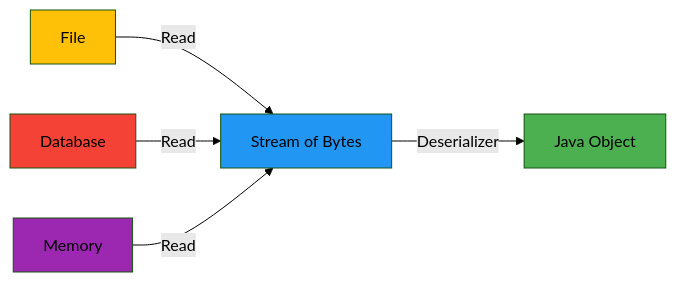
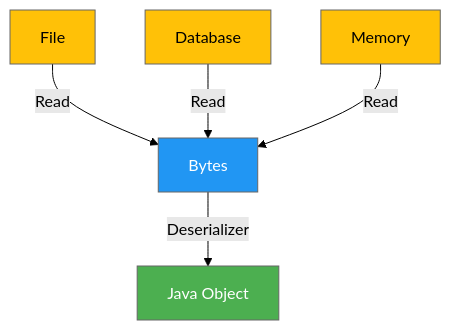
Before and after one commit to danielcregg/java-lectures: the second of 2 diagrams in lectures/serialization.md, drawn with Mermaid (forest theme). The commit also changed other lines of this file and 2 other files, not shown here.

Commit message:
feat: integrate Mermaid for enhanced diagram support and improve serialization lecture content

```diff
--- a/lectures/serialization.md
+++ b/lectures/serialization.md
@@ -65,13 +66,14 @@
-<div class="mermaid fragment fade-up">
-graph LR
-    A[File] -->|Read| B[Stream of Bytes]
-    C[Database] -->|Read| B
-    D[Memory] -->|Read| B
-    B -->|Deserializer| E[Java Object]
-    
-    style A fill:#FFC107
-    style B fill:#2196F3
-    style C fill:#F44336
-    style D fill:#9C27B0
-    style E fill:#4CAF50
+<div class="mermaid">
+graph TB
+    A[File]-->|Read|B[Bytes]
+    C[Database]-->|Read|B
+    D[Memory]-->|Read|B
+    B-->|Deserializer|E[Java Object]
+    classDef default fill:#1a1a1a,stroke:#666
+    classDef object fill:#4CAF50,stroke:#666,color:white
+    classDef bytes fill:#2196F3,stroke:#666,color:white
+    classDef storage fill:#FFC107,stroke:#666,color:#000
+    class A,C,D storage
+    class B bytes
+    class E object
 </div>
```
